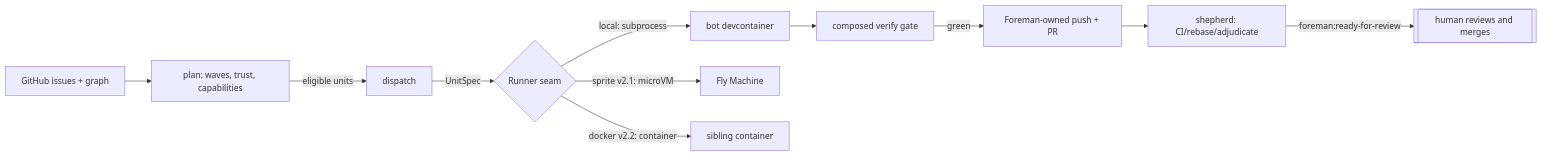
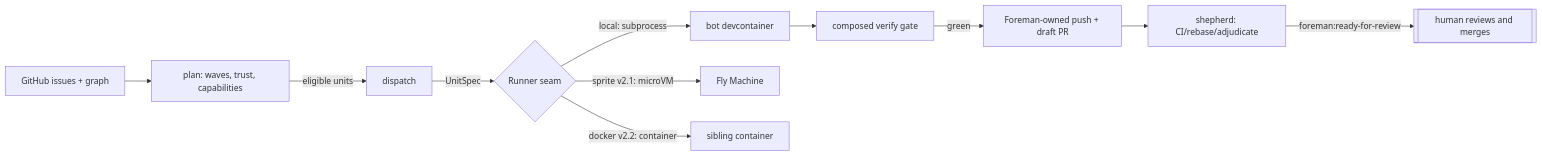
The diagram in docs/architecture/README.md (ponderousdev/foreman), drawn with Mermaid before and after one commit. The commit also changed 8 other files, not shown here.

Commit message:
feat(github): make Foreman PRs draft-first

````diff
--- a/docs/architecture/README.md
+++ b/docs/architecture/README.md
@@ -16,13 +16,13 @@
 ```mermaid
 flowchart LR
     GH[GitHub issues + graph] --> PLAN[plan: waves, trust, capabilities]
     PLAN -->|eligible units| DISPATCH[dispatch]
     DISPATCH -->|UnitSpec| SEAM{Runner seam}
     SEAM -->|local: subprocess| LOCAL[bot devcontainer]
     SEAM -->|sprite v2.1: microVM| SPRITE[Fly Machine]
     SEAM -->|docker v2.2: container| DOCKER[sibling container]
     LOCAL --> GATE[composed verify gate]
-    GATE -->|green| PUSH[Foreman-owned push + PR]
+    GATE -->|green| PUSH[Foreman-owned push + draft PR]
     PUSH --> SHEP[shepherd: CI/rebase/adjudicate]
     SHEP -->|foreman:ready-for-review| HUMAN[[human reviews and merges]]
 ```
````
